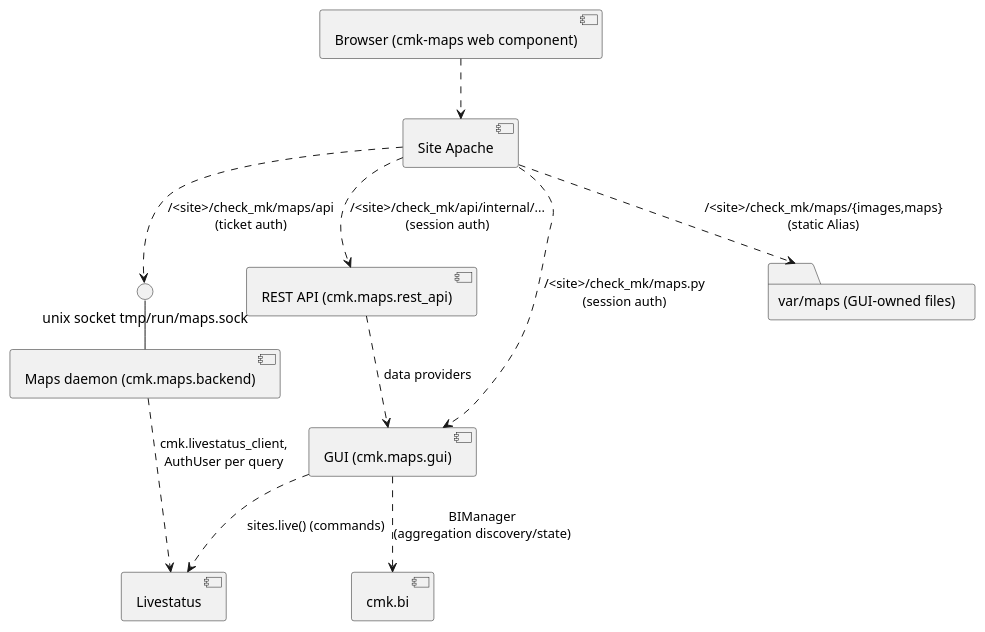
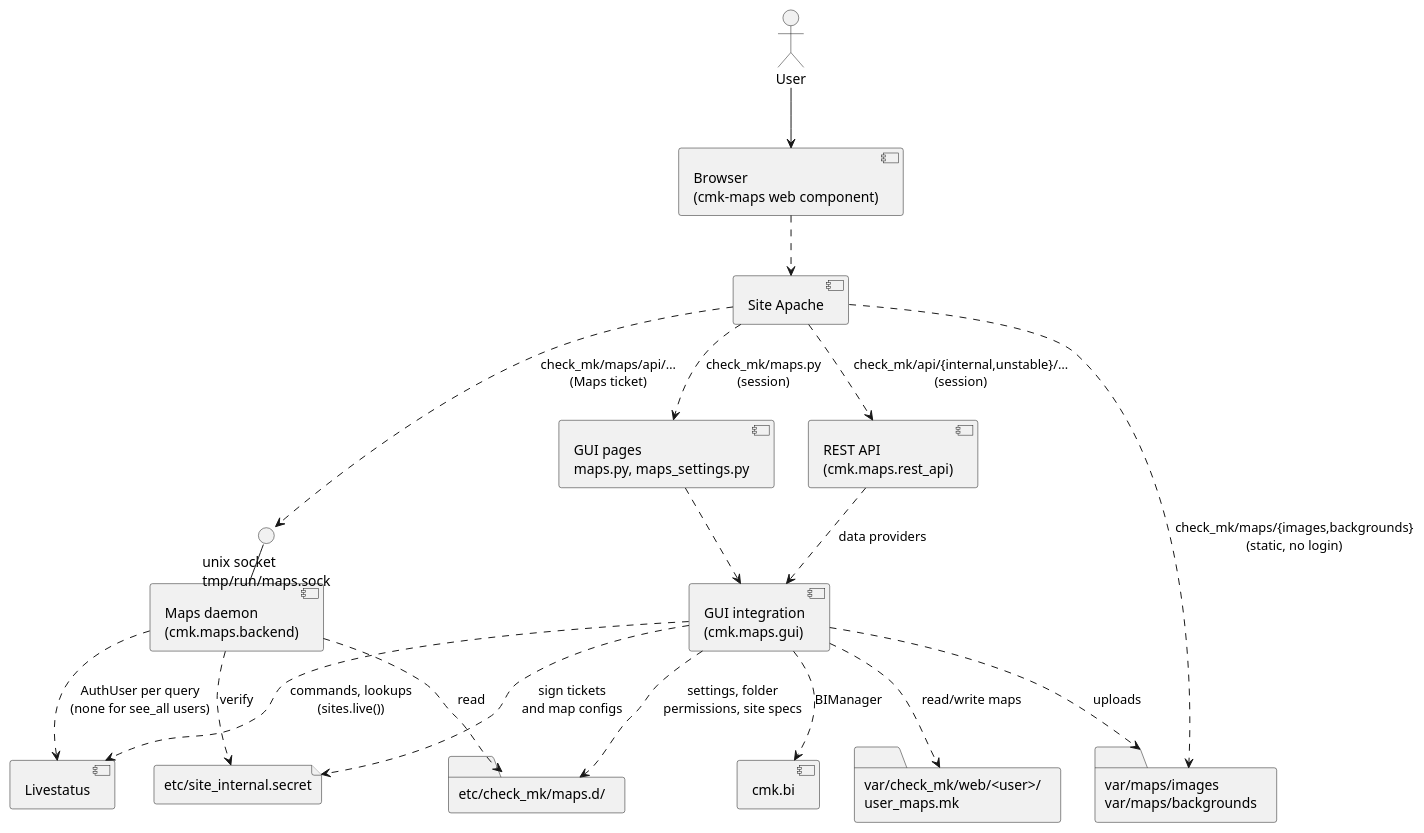
The first of 2 diagrams in doc/documentation/arch-comp-maps.rst (Checkmk/checkmk), drawn with PlantUML before and after one commit. The commit also changed other lines of this file, not shown here.

Commit message:
Maps: update the architecture document

```diff
--- a/doc/documentation/arch-comp-maps.rst
+++ b/doc/documentation/arch-comp-maps.rst
@@ -142,23 +118,35 @@
 .. uml::
 
-    [Browser (cmk-maps web component)] as spa
+    actor "User" as user
+    [Browser\n(cmk-maps web component)] as spa
     [Site Apache] as apache
-    [REST API (cmk.maps.rest_api)] as rest
-    [GUI (cmk.maps.gui)] as gui
-    [Maps daemon (cmk.maps.backend)] as daemon
-    () "unix socket tmp/run/maps.sock" as sock
+    [GUI pages\nmaps.py, maps_settings.py] as pages
+    [REST API\n(cmk.maps.rest_api)] as rest
+    [GUI integration\n(cmk.maps.gui)] as gui
+    [Maps daemon\n(cmk.maps.backend)] as daemon
+    () "unix socket\ntmp/run/maps.sock" as sock
     [Livestatus] as livestatus
     [cmk.bi] as bi
+    folder "var/check_mk/web/<user>/\nuser_maps.mk" as mapstore
+    folder "var/maps/images\nvar/maps/backgrounds" as files
+    folder "etc/check_mk/maps.d/" as mapsd
+    file "etc/site_internal.secret" as secret
 
-    folder "var/maps (GUI-owned files)" as files
-
+    user --> spa
     spa ..> apache
-    apache ..> rest : /<site>/check_mk/api/internal/...\n(session auth)
-    apache ..> gui : /<site>/check_mk/maps.py\n(session auth)
-    apache ..> sock : /<site>/check_mk/maps/api\n(ticket auth)
-    apache ..> files : /<site>/check_mk/maps/{images,maps}\n(static Alias)
+    apache ..> pages : check_mk/maps.py\n(session)
+    apache ..> rest : check_mk/api/{internal,unstable}/…\n(session)
+    apache ..> sock : check_mk/maps/api/…\n(Maps ticket)
+    apache ..> files : check_mk/maps/{images,backgrounds}\n(static, no login)
+    pages ..> gui
     rest ..> gui : data providers
     sock - daemon
-    daemon ..> livestatus : cmk.livestatus_client,\nAuthUser per query
-    gui ..> livestatus : sites.live() (commands)
-    gui ..> bi : BIManager\n(aggregation discovery/state)
+    gui ..> mapstore : read/write maps
+    gui ..> files : uploads
+    gui ..> mapsd : settings, folder\npermissions, site specs
+    gui ..> secret : sign tickets\nand map configs
+    gui ..> livestatus : commands, lookups\n(sites.live())
+    gui ..> bi : BIManager
+    daemon ..> secret : verify
+    daemon ..> mapsd : read
+    daemon ..> livestatus : AuthUser per query\n(none for see_all users)
```
